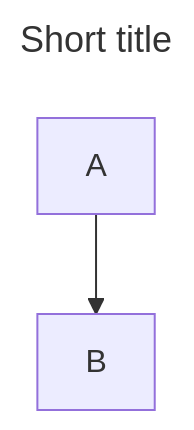
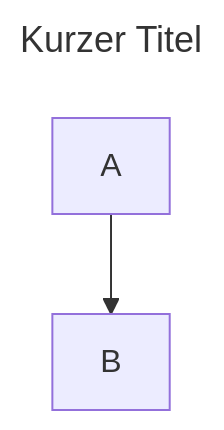
The first of 4 diagrams in docs/MERMAID.md (landjunge/gnom-hub-v1), drawn with Mermaid before and after one commit. The commit also changed other lines of this file and 2 other files, not shown here.

First line of the commit message:
docs: full Mermaid syntax reference (flowchart, state, sequence)

````diff
--- a/docs/MERMAID.md
+++ b/docs/MERMAID.md
@@ -218,11 +38,11 @@
 ```mermaid
 ---
-title: Short title
+title: Kurzer Titel
 config:
   flowchart:
     curve: basis
     padding: 12
 ---
 flowchart TB
   A --> B
 ```
````
